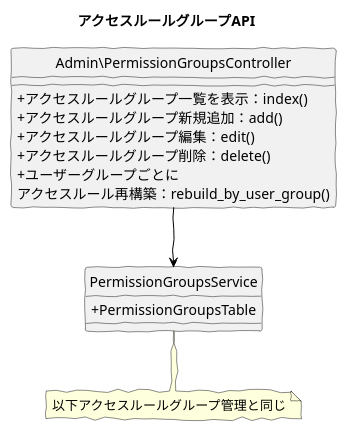
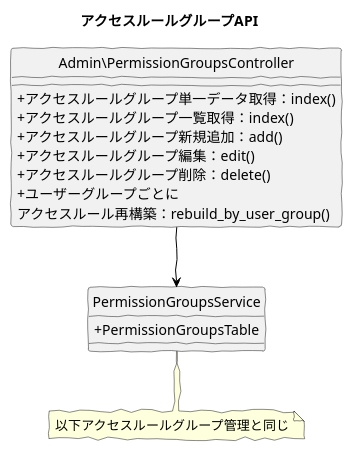
One commit to baserproject/baserproject.github.io changed the diagram in src/puml/5/ucmitz/svg/class/baser-core/api_permission_groups.puml. Above: the diagram before and after it, drawn with PlantUML. The commit also changed 2 other files, not shown here.

```diff
--- a/src/puml/5/ucmitz/svg/class/baser-core/api_permission_groups.puml
+++ b/src/puml/5/ucmitz/svg/class/baser-core/api_permission_groups.puml
@@ -1,26 +1,27 @@
 @startuml
 skinparam handwritten true
 skinparam backgroundColor white
 hide circle
 skinparam classAttributeIconSize 0
 
 title アクセスルールグループAPI
 
 class Admin\PermissionGroupsController {
-  + アクセスルールグループ一覧を表示：index()
+  + アクセスルールグループ単一データ取得：index()
+  + アクセスルールグループ一覧取得：index()
   + アクセスルールグループ新規追加：add()
   + アクセスルールグループ編集：edit()
   + アクセスルールグループ削除：delete()
   + ユーザーグループごとに\nアクセスルール再構築：rebuild_by_user_group()
 }
 
 class PermissionGroupsService {
   + PermissionGroupsTable
 }
 
 Admin\PermissionGroupsController -down[#Black]-> PermissionGroupsService
 
 note "以下アクセスルールグループ管理と同じ" as pageNote
 PermissionGroupsService .. pageNote
 
 @enduml
```
